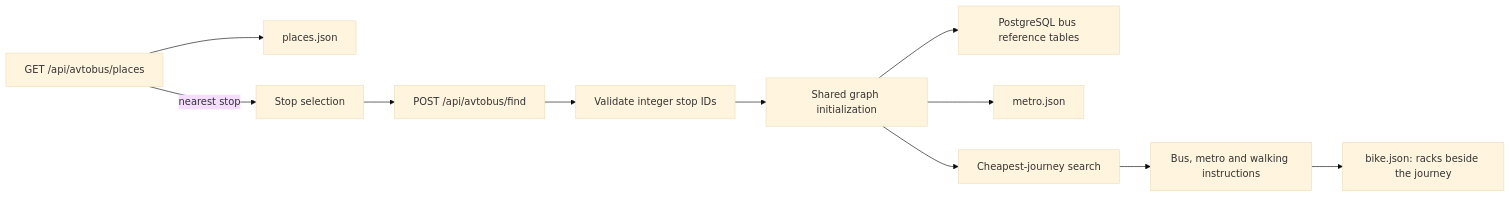
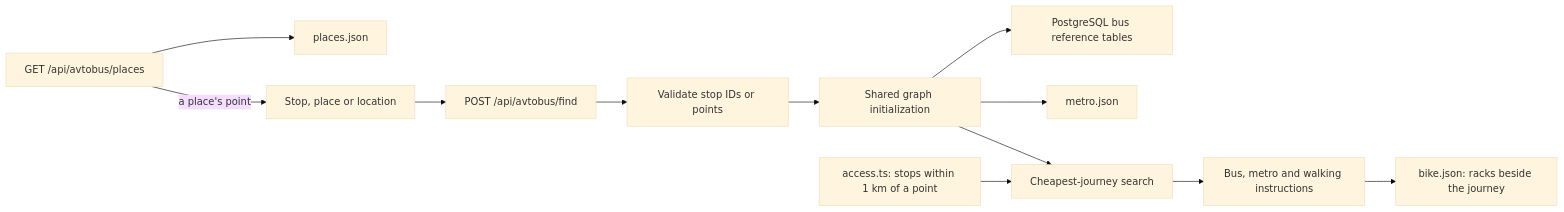
One commit to ismatsamadov/line changed the diagram in earlier/jobloom/birjob/docs/bus-routing.md. Above: the diagram before and after it, drawn with Mermaid (base theme). The commit also changed other lines of this file, not shown here.

First line of the commit message:
docs(bus): describe routing from a place, with its measurements (#720)

````diff
--- a/earlier/jobloom/birjob/docs/bus-routing.md
+++ b/earlier/jobloom/birjob/docs/bus-routing.md
@@ -12,13 +14,14 @@
 ```mermaid
 flowchart LR
   P[GET /api/avtobus/places] --> Q[places.json]
-  P -->|nearest stop| A
-  A[Stop selection] --> B[POST /api/avtobus/find]
-  B --> C[Validate integer stop IDs]
+  P -->|a place's point| A
+  A[Stop, place or location] --> B[POST /api/avtobus/find]
+  B --> C[Validate stop IDs or points]
   C --> D[Shared graph initialization]
   D --> E[PostgreSQL bus reference tables]
   D --> M[metro.json]
   D --> F[Cheapest-journey search]
+  W[access.ts: stops within 1 km of a point] --> F
   F --> G[Bus, metro and walking instructions]
   G --> K[bike.json: racks beside the journey]
 ```
````
